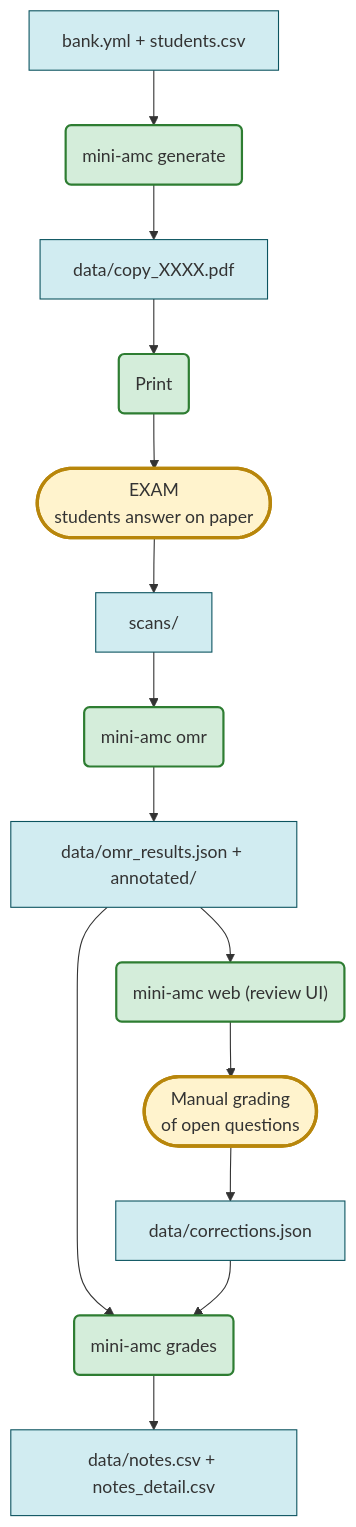
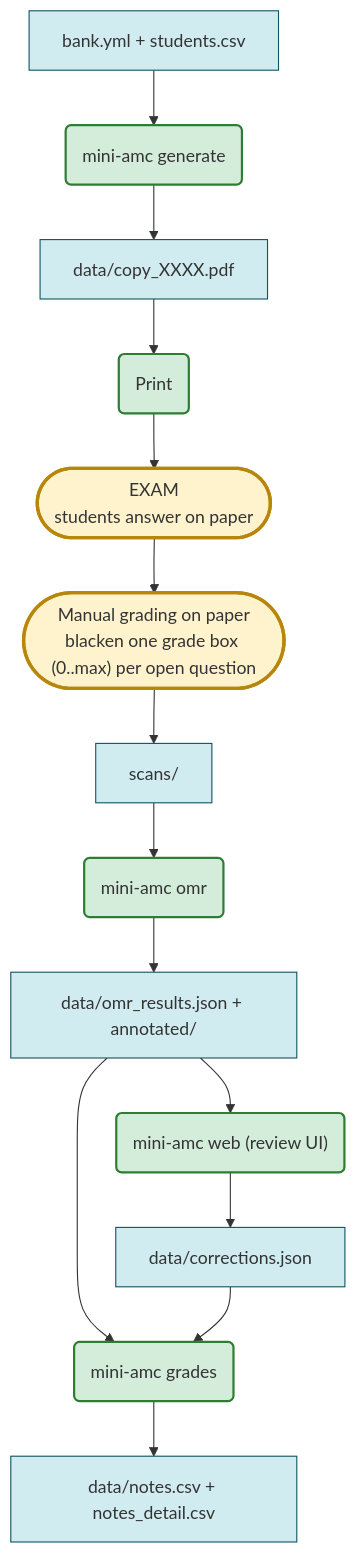
The diagram in README.md (boileaum/mini-amc), drawn with Mermaid before and after one commit. The commit also changed other lines of this file and 4 other files, not shown here.

First line of the commit message:
Workflow: grade open questions on paper before scanning (not in the review UI)

````diff
--- a/README.md
+++ b/README.md
@@ -32,21 +32,21 @@
 ```mermaid
 flowchart TD
   classDef exam fill:#fff3cd,stroke:#b8860b,stroke-width:3px
   classDef tool fill:#d4edda,stroke:#2e7d32,stroke-width:2px
   classDef data fill:#d1ecf1,stroke:#0c5460
 
   bank["bank.yml + students.csv"]:::data
   bank --> gen("mini-amc generate"):::tool
   gen --> pdf["data/copy_XXXX.pdf"]:::data
   pdf --> print("Print"):::tool
   print --> exam(["EXAM<br/>students answer on paper"]):::exam
-  exam --> scans["scans/"]:::data
+  exam --> manual(["Manual grading on paper<br/>blacken one grade box (0..max) per open question"]):::exam
+  manual --> scans["scans/"]:::data
   scans --> omr("mini-amc omr"):::tool
   omr --> res["data/omr_results.json + annotated/"]:::data
   res --> web("mini-amc web (review UI)"):::tool
   res --> grades("mini-amc grades"):::tool
-  web --> manual(["Manual grading<br/>of open questions"]):::exam
-  manual --> corr["data/corrections.json"]:::data
+  web --> corr["data/corrections.json"]:::data
   corr --> grades
   grades --> notes["data/notes.csv + notes_detail.csv"]:::data
 ```
````
